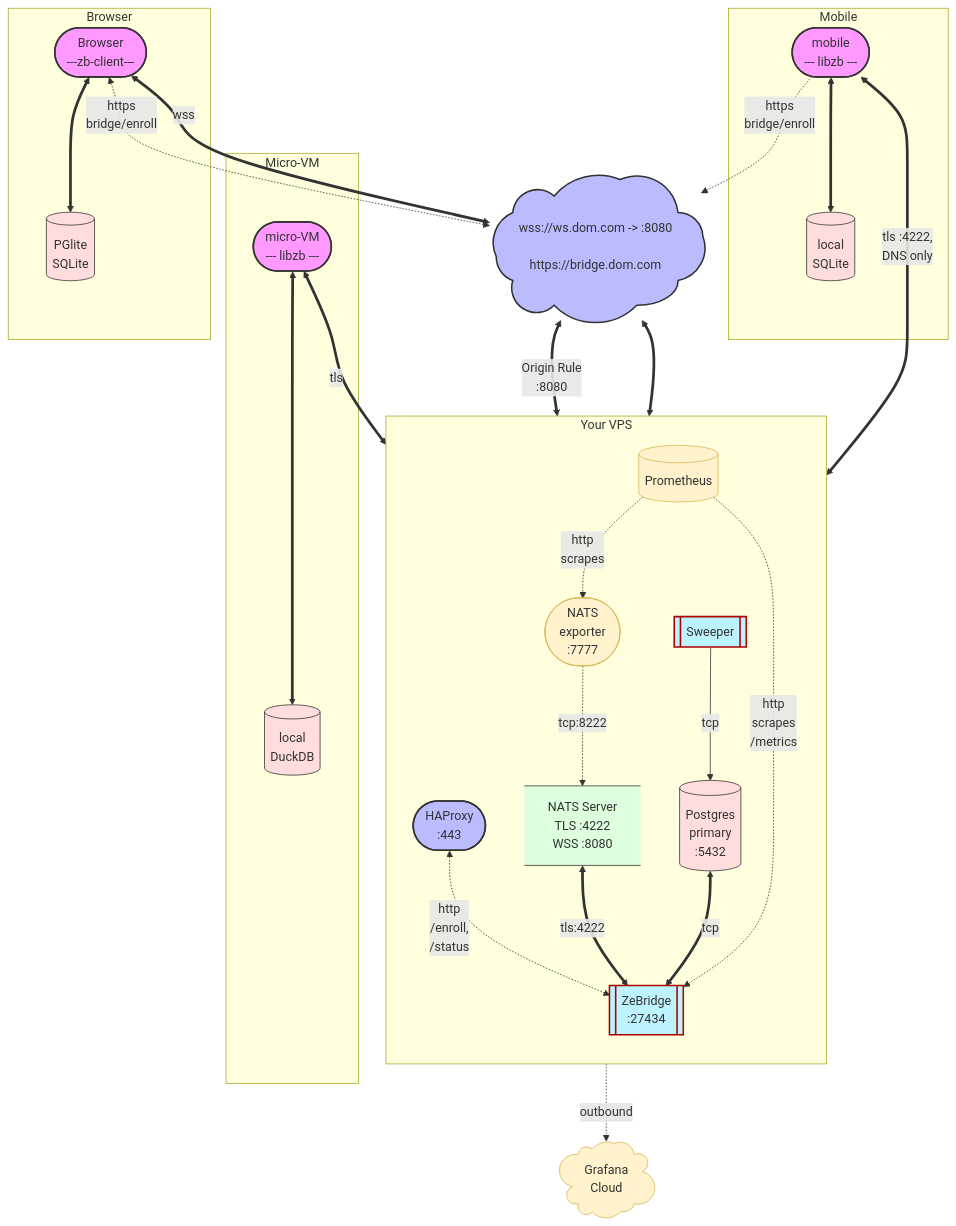
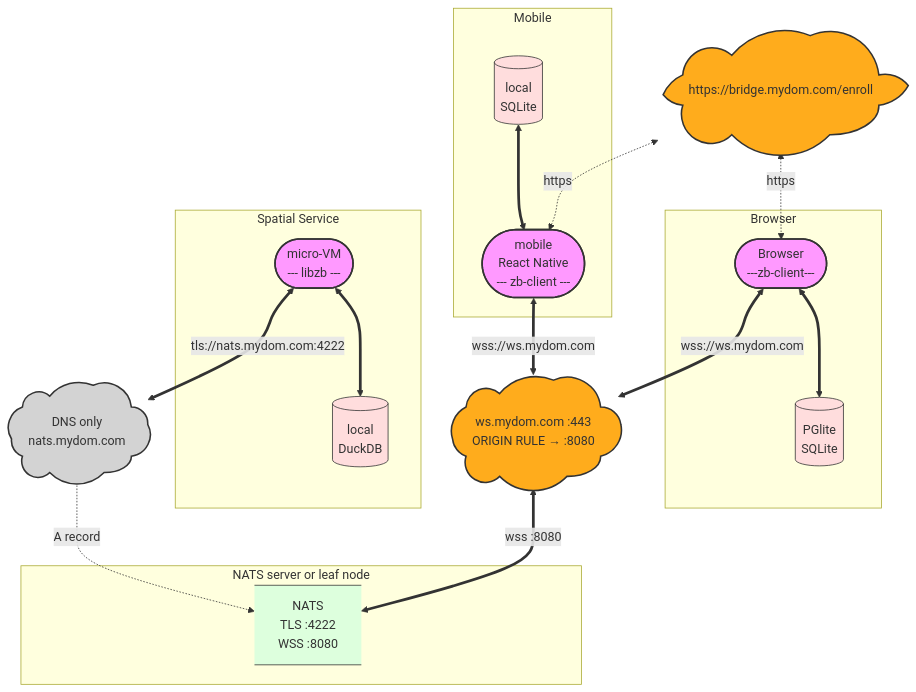
Before and after one commit to ndrean/ZeBridge: the third of 3 diagrams in README.md, drawn with Mermaid. The commit also changed other lines of this file and 1 other file, not shown here.

First line of the commit message:
README: the Architecture Example matches the deployed topology; haproxy.cfg ping comment

````diff
--- a/README.md
+++ b/README.md
@@ -344,61 +318,50 @@
 ```mermaid
 graph TD
     classDef external fill:#f9f,stroke:#333,stroke-width:2px;
-    classDef proxy fill:#bbf,stroke:#333,stroke-width:2px;
+    classDef orange-proxy fill:#FFAC1C,stroke:#333,stroke-width:2px;
+    classDef grey-proxy fill:#D3D3D3,stroke:#333,stroke-width:2px;
     classDef internal fill:#dfd,stroke:#333,stroke-width:1px;
     classDef secure fill:#fdd,stroke:#333,stroke-width:1px;
     classDef telemetry fill:#fff2cc,stroke:#d6b656,stroke-width:1px;
     classDef daemon fill:#bdf3ff,stroke:#ac0100,stroke-width:2px;
 
     subgraph Mobile
-      UserMobile([mobile<br>--- libzb ---]):::external
+      UserMobile([mobile<br>React Native<br>--- zb-client ---]):::external
       LocalSQLite[(local<br>SQLite)]:::secure
-      UserMobile <==> LocalSQLite
-    end
-
-    subgraph Micro-VM
-      VM([micro-VM<br>--- libzb ---]):::external
-      LocalDuckDB[(local<br>DuckDB)]:::secure
-      VM <==> LocalDuckDB
+      LocalSQLite <==>  UserMobile
     end
 
     subgraph Browser
       B([Browser<br>---zb-client---]):::external
       LocalLite[(PGlite<br>SQLite)]:::secure
       B<==> LocalLite
     end
 
-
-    CF(["wss://ws.dom.com -> :8080<br><br>https://bridge.dom.com"]):::proxy
-    CF@{ shape: cloud }
-    Grafana([Grafana <br>Cloud]):::telemetry
-    Grafana@{ shape: cloud }
-
-    subgraph VPS [Your VPS]
-        direction TB
-        HA([HAProxy<br>:443]):::proxy
-        NATS[NATS Server<br>TLS :4222<br>WSS :8080]:::internal
-        NATS@{ shape: data-store }
-        Bridge[[ZeBridge<br>:27434]]:::daemon
-        Sweeper[[Sweeper]]:::daemon
-        NatsExp([NATS<br>exporter<br>:7777]):::telemetry
-        PG[(Postgres<br>primary<br>:5432)]:::secure
-        Prom[(Prometheus)]:::telemetry
+    subgraph Spatial Service
+      VM([micro-VM<br>--- libzb ---]):::external
+      LocalDuckDB[(local<br>DuckDB)]:::secure
+      VM <==> LocalDuckDB
     end
 
-    VM <==> |tls| NATS
-    B <==> |wss| CF
-    B <-.-> |https<br>bridge/enroll| CF
-    UserMobile <==>|tls :4222, <br>DNS only| NATS
-    CF <==>HA
-    CF <==>|Origin Rule <br>:8080| NATS
-    UserMobile -.->|https <br>bridge/enroll| CF
-    HA <-.->|http<br>/enroll, <br>/status| Bridge
-    Prom -.->|http<br>scrapes| NatsExp
-    NatsExp -.->|tcp:8222| NATS
-    NATS <==>|tls:4222| Bridge
-    PG <==> |tcp| Bridge
-    Sweeper --> |tcp| PG
-    Prom -.->|http<br>scrapes <br>/metrics| Bridge
-    Prom -.->|outbound| Grafana
+    CF(["https://bridge.mydom.com/enroll"]):::orange-proxy
+    CF@{ shape: cloud }
+    CFWS(["ws.mydom.com :443<br>ORIGIN RULE → :8080"]):::orange-proxy
+    CFWS@{ shape: cloud }
+    CFNATS(["DNS only<br>nats.mydom.com"]):::grey-proxy
+    CFNATS@{ shape: cloud }
+
+    
+
+    subgraph VPS [NATS server or leaf node]
+        NATS[NATS<br>TLS :4222<br>WSS :8080]:::internal
+        NATS@{ shape: data-store }
+    end
+
+    CF <-.-> |https| B
+    CF <-.->|https| UserMobile
+    B <==> |wss://ws.mydom.com| CFWS
+    UserMobile <==>|wss://ws.mydom.com| CFWS
+    CFWS <==>|wss :8080| NATS
+    VM <==> |tls://nats.mydom.com:4222| CFNATS
+    CFNATS -.->|A record| NATS
 ```
````
